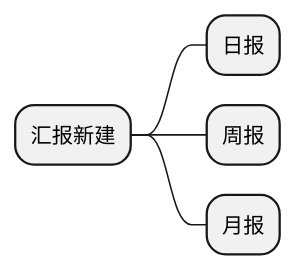
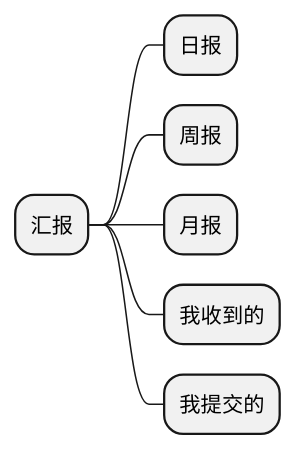
One commit to zj335841911/nt_chandao changed the diagram in ibizpms-docs/src/main/doc/v1/app/mob/reportNew.md. Above: the diagram before and after it, drawn with PlantUML. The commit also changed other lines of this file and 21 other files, not shown here.

```diff
--- a/ibizpms-docs/src/main/doc/v1/app/mob/reportNew.md
+++ b/ibizpms-docs/src/main/doc/v1/app/mob/reportNew.md
@@ -5,8 +5,10 @@
 {% plantuml %}
 @startmindmap
-* 汇报新建
+* 汇报
 ** 日报
 ** 周报
 ** 月报
+** 我收到的
+** 我提交的
 @endmindmap
 {% endplantuml %}
```
